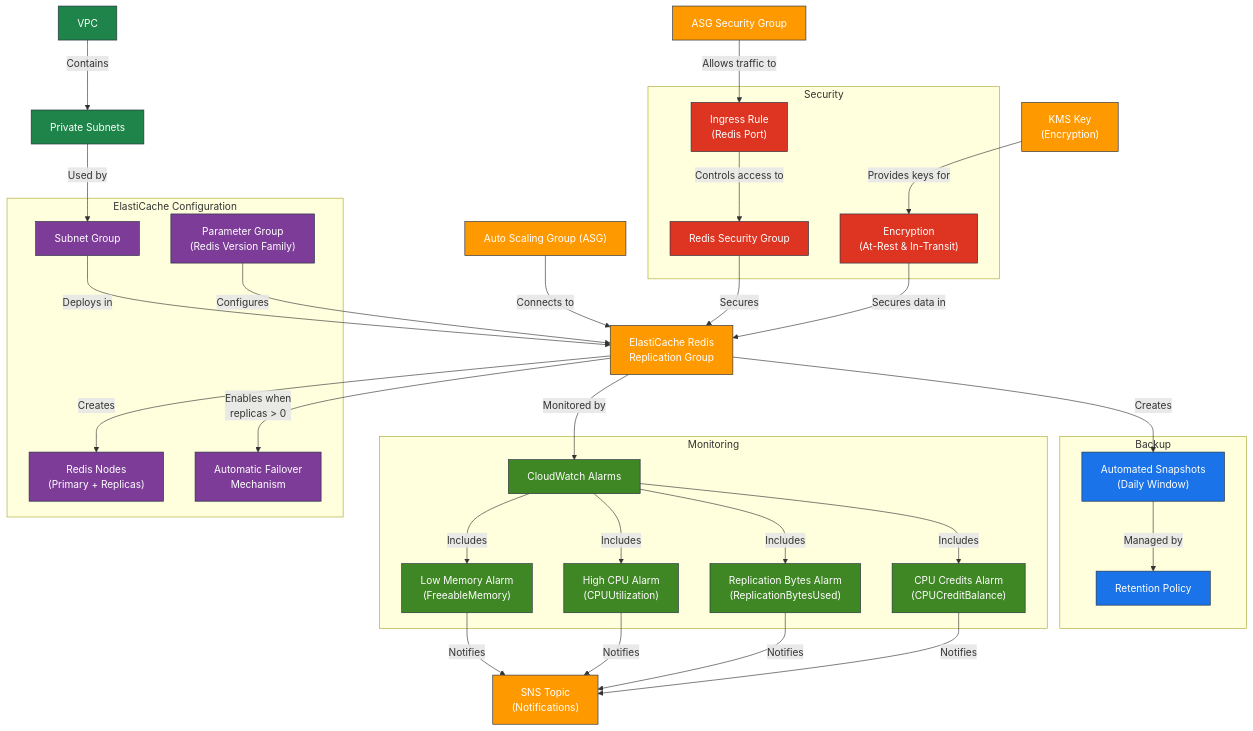
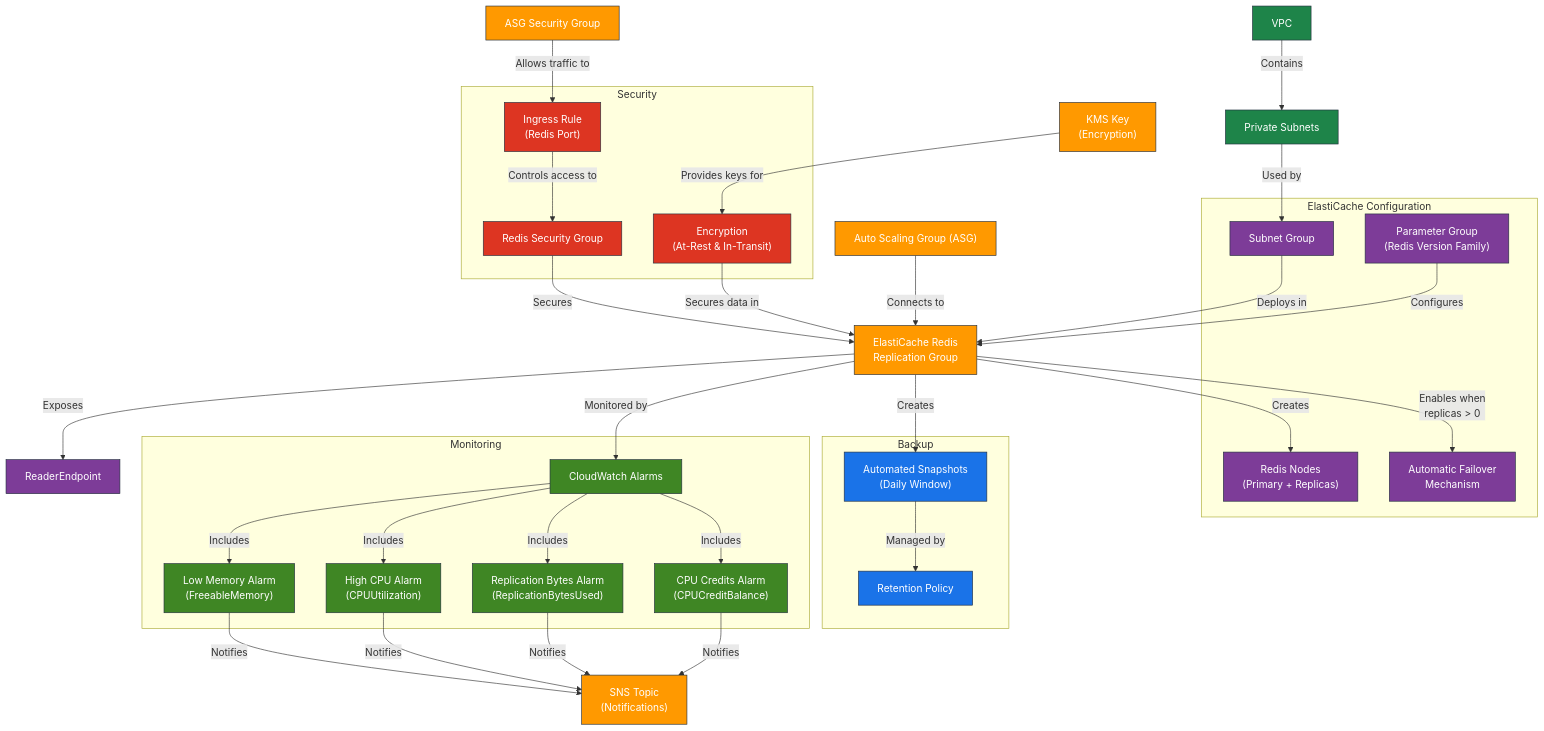
One commit to hetmanskyi-cloud/AWS changed the diagram in terraform/modules/elasticache/README.md. Above: the diagram before and after it, drawn with Mermaid. The commit also changed other lines of this file and 2 other files, not shown here.

```diff
--- a/terraform/modules/elasticache/README.md
+++ b/terraform/modules/elasticache/README.md
@@ -59,6 +73,8 @@
     ParamGroup -->|"Configures"| Redis
     Redis -->|"Creates"| RedisNodes
     Redis -->|"Enables when<br>replicas > 0"| FailoverMech
+    Redis -->|"Exposes"| ReaderEndpoint
+    class ReaderEndpoint config;
     
     %% Security
     KMS -->|"Provides keys for"| Encryption
```
